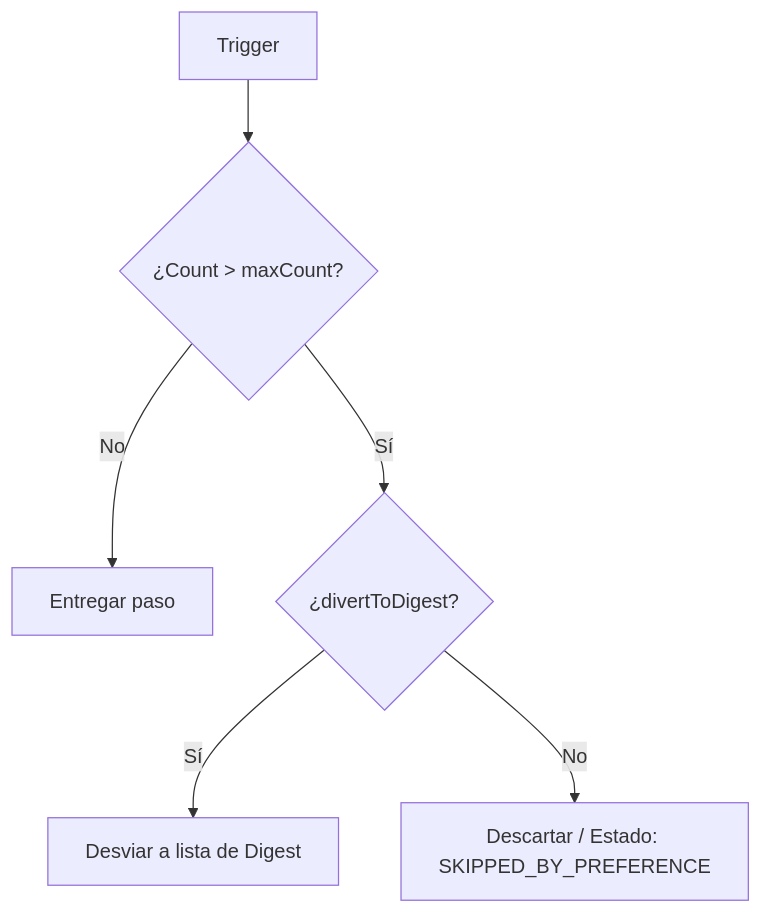
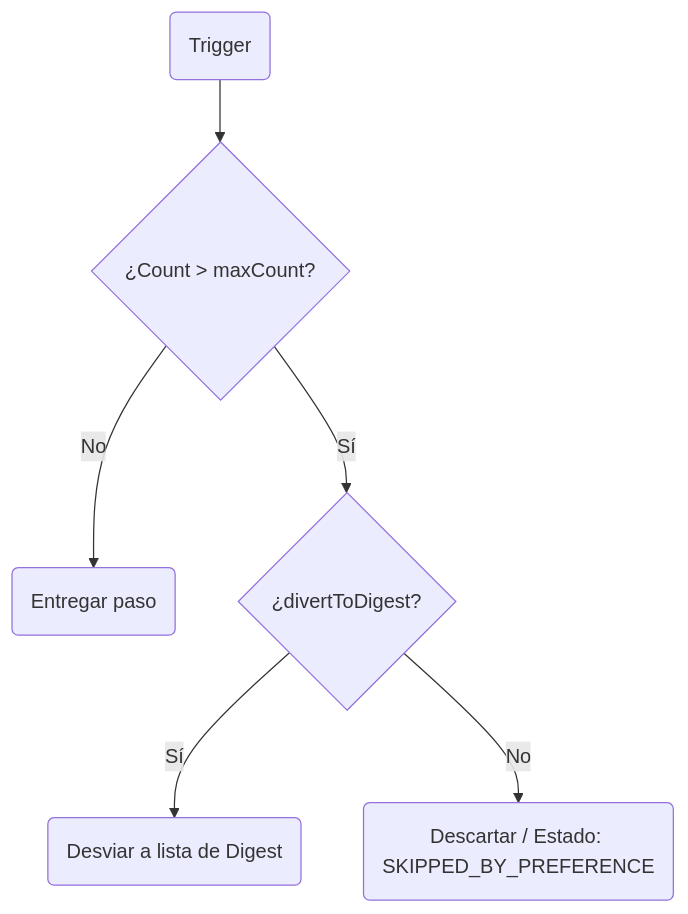
Before and after one commit to KriyanshKhunt/nexus_docs: the second of 2 diagrams in content/docs/es/platform/features/digest-throttle.mdx, drawn with Mermaid. The commit also changed other lines of this file and 20 other files, not shown here.

Commit message:
Handle es Mermaid charts

````diff
--- a/content/docs/es/platform/features/digest-throttle.mdx
+++ b/content/docs/es/platform/features/digest-throttle.mdx
@@ -70,8 +70,8 @@
 ```mermaid
 flowchart TD
-  Trigger[Trigger] --> Throttle{¿Count > maxCount?}
-  Throttle -->|No| Pass[Entregar paso]
+  Trigger(Trigger) --> Throttle{¿Count > maxCount?}
+  Throttle -->|No| Pass(Entregar paso)
   Throttle -->|Sí| Divert{¿divertToDigest?}
-  Divert -->|Sí| Queue[Desviar a lista de Digest]
-  Divert -->|No| Drop[Descartar / Estado: SKIPPED_BY_PREFERENCE]
+  Divert -->|Sí| Queue(Desviar a lista de Digest)
+  Divert -->|No| Drop(Descartar / Estado: SKIPPED_BY_PREFERENCE)
 ```
````
